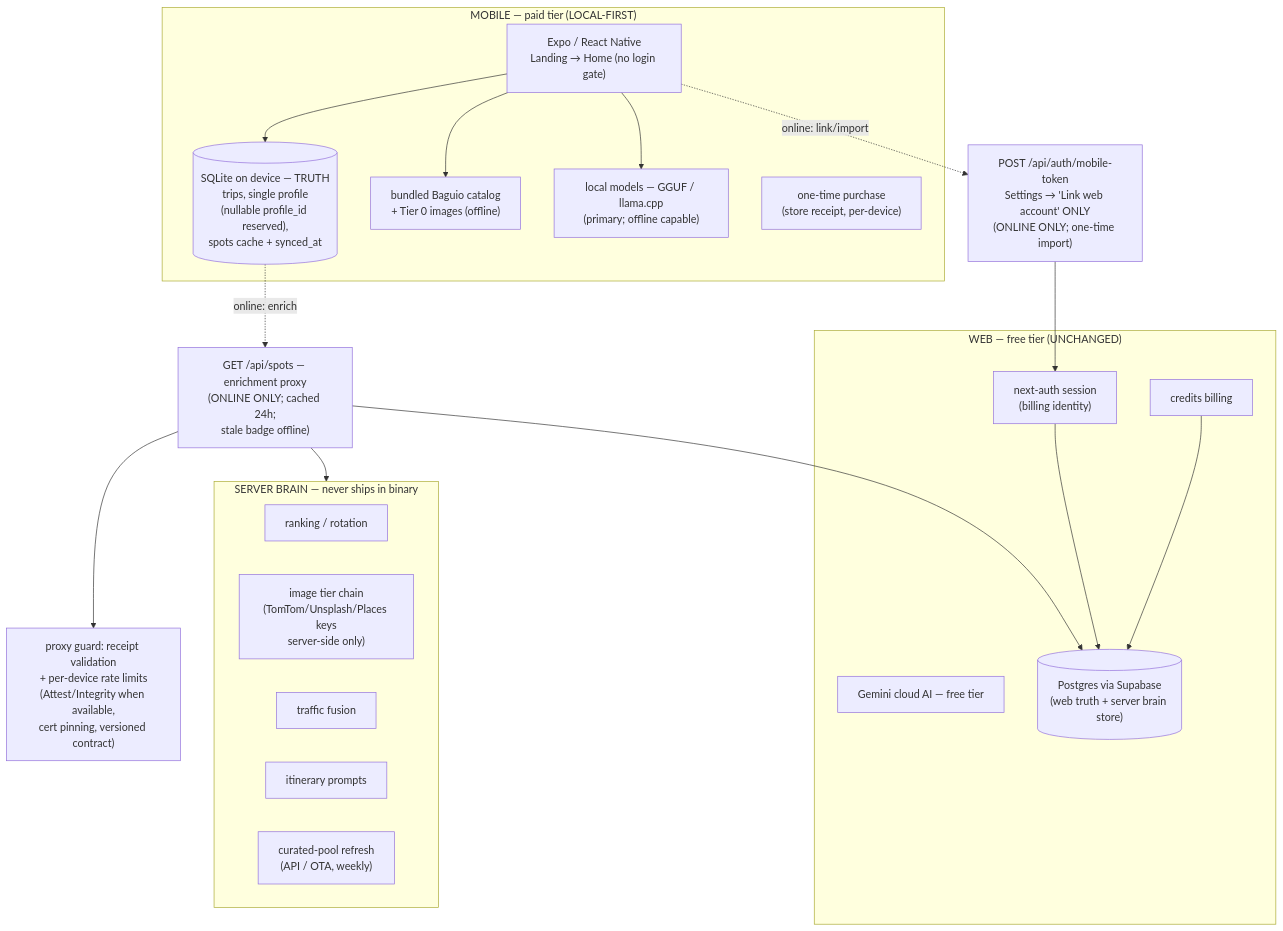
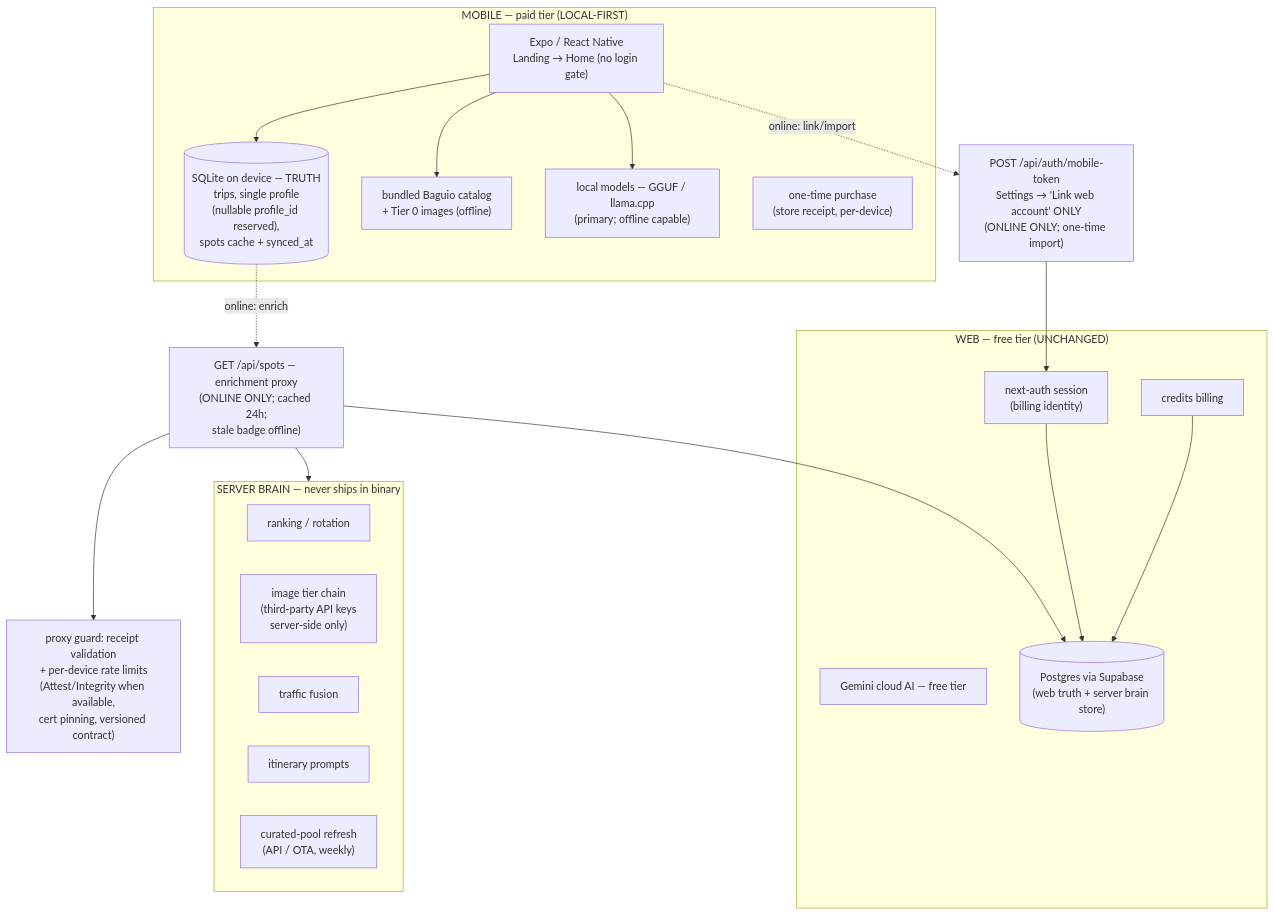
The second of 2 diagrams in specs/tarana-mobile-app-plan.md (donyelqt/Tarana.ai), drawn with Mermaid before and after one commit. The commit also changed other lines of this file and 1 other file, not shown here.

Commit message:
docs(mobile): generic third-party API wording in ADR-002, 2.1 diagram, 7.3
Follow-up to PR 412, which merged with stale vendor names. No vendor names in new architecture sections; historical verification evidence untouched.

````diff
--- a/specs/tarana-mobile-app-plan.md
+++ b/specs/tarana-mobile-app-plan.md
@@ -81,38 +81,38 @@
 ```mermaid
 flowchart TB
     subgraph WEB1["WEB — free tier (UNCHANGED)"]
         W1Auth["next-auth session<br/>(billing identity)"]
         W1Credits["credits billing"]
         W1Gemi["Gemini cloud AI — free tier"]
         W1DB[("Postgres via Supabase<br/>(web truth + server brain store)")]
     end
     subgraph MOB1["MOBILE — paid tier (LOCAL-FIRST)"]
         M1App["Expo / React Native<br/>Landing → Home (no login gate)"]
         M1SQL[("SQLite on device — TRUTH<br/>trips, single profile<br/>(nullable profile_id reserved),<br/>spots cache + synced_at")]
         M1Bundle["bundled Baguio catalog<br/>+ Tier 0 images (offline)"]
         M1LLM["local models — GGUF / llama.cpp<br/>(primary; offline capable)"]
         M1Pay["one-time purchase<br/>(store receipt, per-device)"]
     end
     subgraph BRAIN["SERVER BRAIN — never ships in binary"]
         BRank["ranking / rotation"]
-        BImg["image tier chain<br/>(TomTom/Unsplash/Places keys<br/>server-side only)"]
+        BImg["image tier chain<br/>(third-party API keys<br/>server-side only)"]
         BTraff["traffic fusion"]
         BPrompt["itinerary prompts"]
         BOTA["curated-pool refresh<br/>(API / OTA, weekly)"]
     end
     SPOTS["GET /api/spots — enrichment proxy<br/>(ONLINE ONLY; cached 24h;<br/>stale badge offline)"]
     LINK["POST /api/auth/mobile-token<br/>Settings → 'Link web account' ONLY<br/>(ONLINE ONLY; one-time import)"]
     GUARD["proxy guard: receipt validation<br/>+ per-device rate limits<br/>(Attest/Integrity when available,<br/>cert pinning, versioned contract)"]
 
     M1App --> M1SQL
     M1App --> M1Bundle
     M1App --> M1LLM
     M1SQL -.->|"online: enrich"| SPOTS
     M1App -.->|"online: link/import"| LINK
     SPOTS --> BRAIN
     SPOTS --> W1DB
     LINK --> W1Auth
     SPOTS --> GUARD
     W1Auth --> W1DB
     W1Credits --> W1DB
 ```
````
